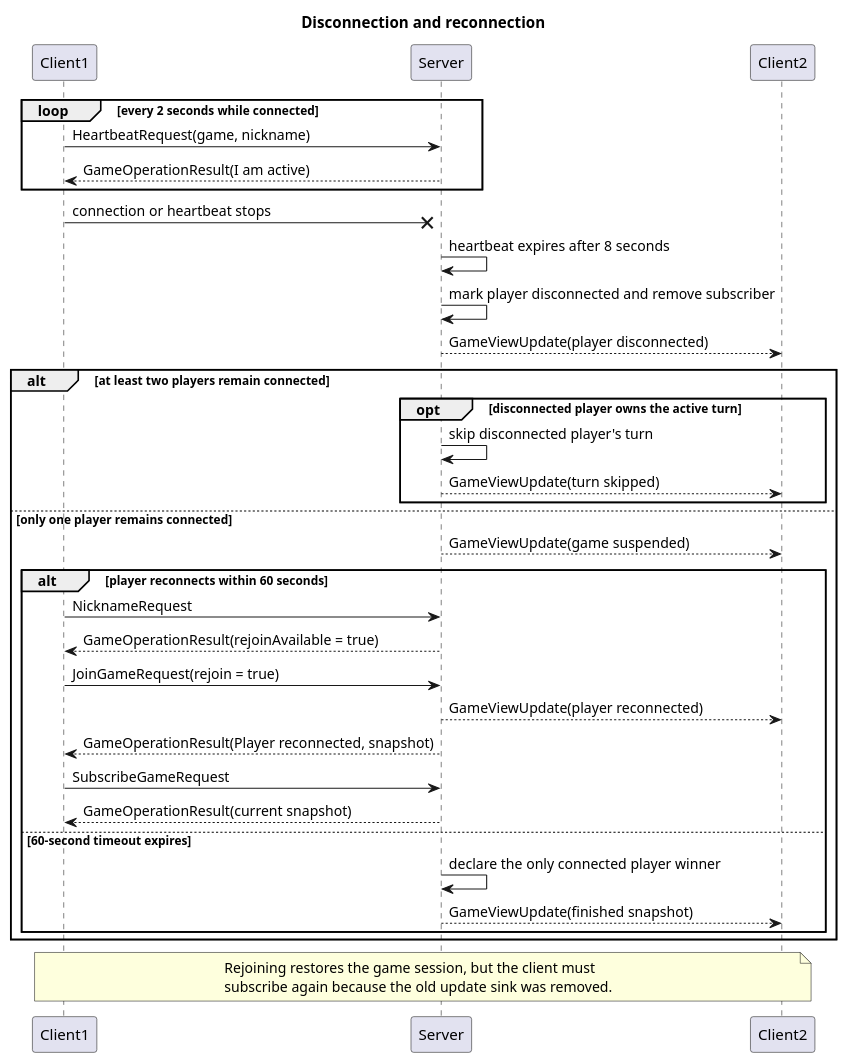
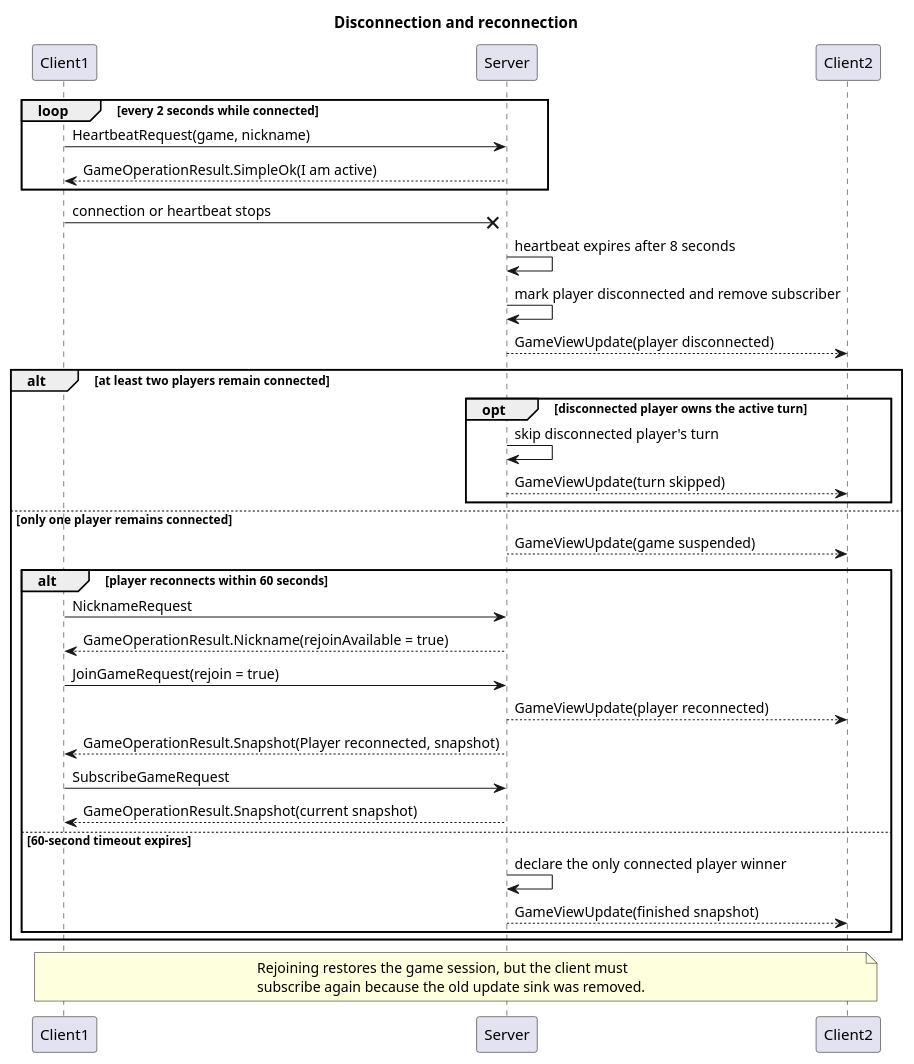
One commit to matteoroda05/Mesos changed the diagram in UML_Diagram/SequenceDiagrams/08-disconnection-and-reconnection.puml. Above: the diagram before and after it, drawn with PlantUML. The commit also changed 9 other files, not shown here.

Commit message:
docs(sequence diagrams): update sequence diagrams to reflect new GameOperationResult structure

```diff
--- a/UML_Diagram/SequenceDiagrams/08-disconnection-and-reconnection.puml
+++ b/UML_Diagram/SequenceDiagrams/08-disconnection-and-reconnection.puml
@@ -1,45 +1,45 @@
 @startuml
 
 title Disconnection and reconnection
 
 participant Client1
 participant Server
 participant Client2
 
 loop every 2 seconds while connected
 Client1->Server: HeartbeatRequest(game, nickname)
-Server-->Client1: GameOperationResult(I am active)
+Server-->Client1: GameOperationResult.SimpleOk(I am active)
 end
 
 Client1 -x Server: connection or heartbeat stops
 Server->Server: heartbeat expires after 8 seconds
 Server->Server: mark player disconnected and remove subscriber
 Server-->Client2: GameViewUpdate(player disconnected)
 
 alt at least two players remain connected
 opt disconnected player owns the active turn
 Server->Server: skip disconnected player's turn
 Server-->Client2: GameViewUpdate(turn skipped)
 end
 else only one player remains connected
 Server-->Client2: GameViewUpdate(game suspended)
 alt player reconnects within 60 seconds
 Client1->Server: NicknameRequest
-Server-->Client1: GameOperationResult(rejoinAvailable = true)
+Server-->Client1: GameOperationResult.Nickname(rejoinAvailable = true)
 Client1->Server: JoinGameRequest(rejoin = true)
 Server-->Client2: GameViewUpdate(player reconnected)
-Server-->Client1: GameOperationResult(Player reconnected, snapshot)
+Server-->Client1: GameOperationResult.Snapshot(Player reconnected, snapshot)
 Client1->Server: SubscribeGameRequest
-Server-->Client1: GameOperationResult(current snapshot)
+Server-->Client1: GameOperationResult.Snapshot(current snapshot)
 else 60-second timeout expires
 Server->Server: declare the only connected player winner
 Server-->Client2: GameViewUpdate(finished snapshot)
 end
 end
 
 note over Client1, Client2
 Rejoining restores the game session, but the client must
 subscribe again because the old update sink was removed.
 end note
 
 @enduml
```
